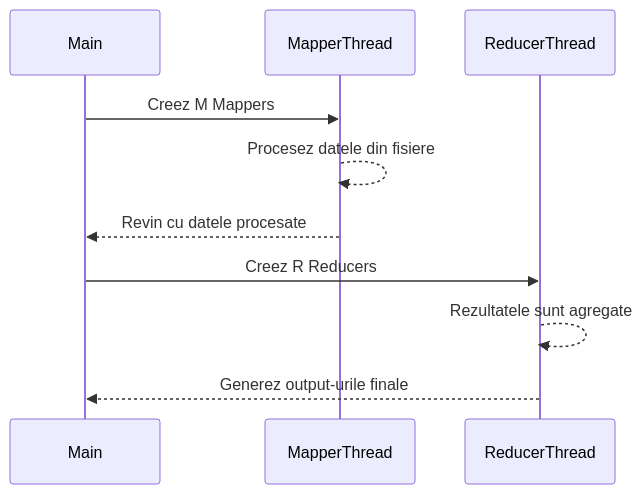
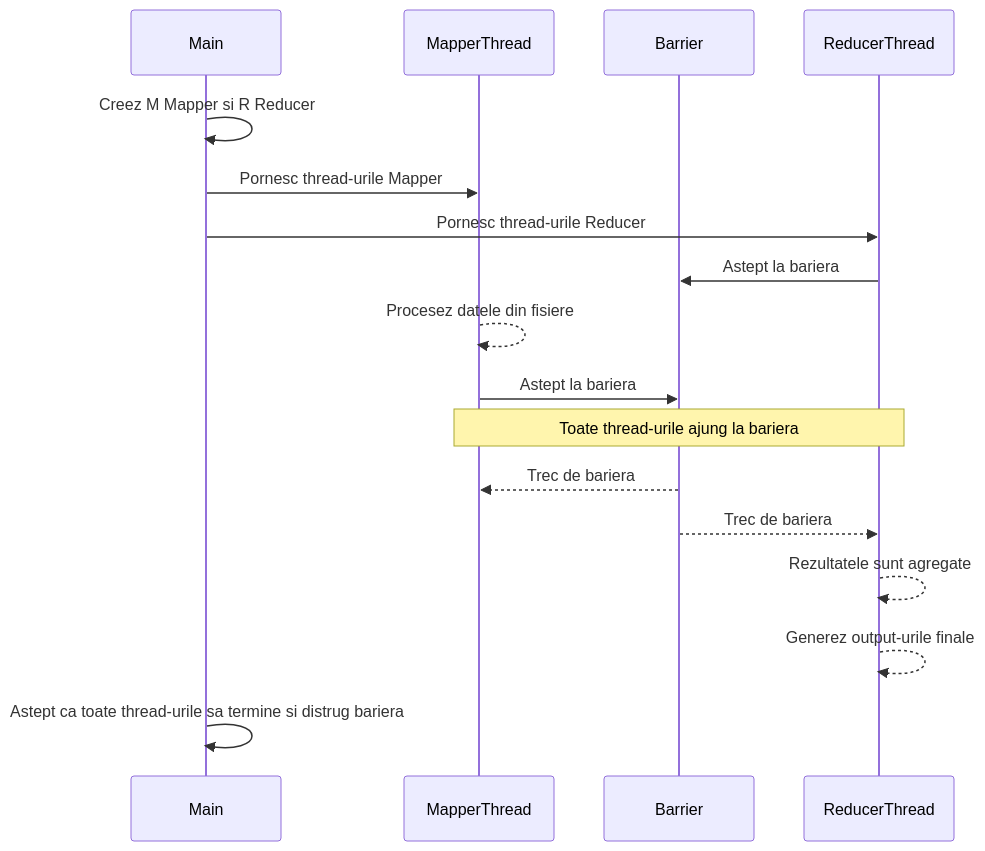
Before and after one commit to rusucarla/APD-Map-Reduce: the first of 3 diagrams in README.md, drawn with Mermaid. The commit also changed other lines of this file and 2 other files, not shown here.

Commit message:
Curatat codul + comentarii mai ok + reparat README (update bariera edition)

````diff
--- a/README.md
+++ b/README.md
@@ -18,13 +20,23 @@
 ```mermaid
 sequenceDiagram
-    participant Main
-    participant MapperThread
-    participant ReducerThread
+  participant Main
+  participant MapperThread
+  participant Barrier
+  participant ReducerThread
 
-    Main->>MapperThread: Creez M Mappers
-    MapperThread-->>MapperThread: Procesez datele din fisiere
-    MapperThread-->>Main: Revin cu datele procesate
-    Main->>ReducerThread: Creez R Reducers
-    ReducerThread-->>ReducerThread: Rezultatele sunt agregate
-    ReducerThread-->>Main: Generez output-urile finale
+  Main->>Main: Creez M Mapper si R Reducer
+
+  Main->>MapperThread: Pornesc thread-urile Mapper
+  Main->>ReducerThread: Pornesc thread-urile Reducer
+
+  ReducerThread->>Barrier: Astept la bariera
+  MapperThread-->>MapperThread: Procesez datele din fisiere
+  MapperThread->>Barrier: Astept la bariera
+  Note over MapperThread, ReducerThread: Toate thread-urile ajung la bariera
+  Barrier-->>MapperThread: Trec de bariera
+  Barrier-->>ReducerThread: Trec de bariera
+  ReducerThread-->>ReducerThread: Rezultatele sunt agregate
+  ReducerThread-->>ReducerThread: Generez output-urile finale
+
+  Main->>Main: Astept ca toate thread-urile sa termine si distrug bariera  
 ```
````
